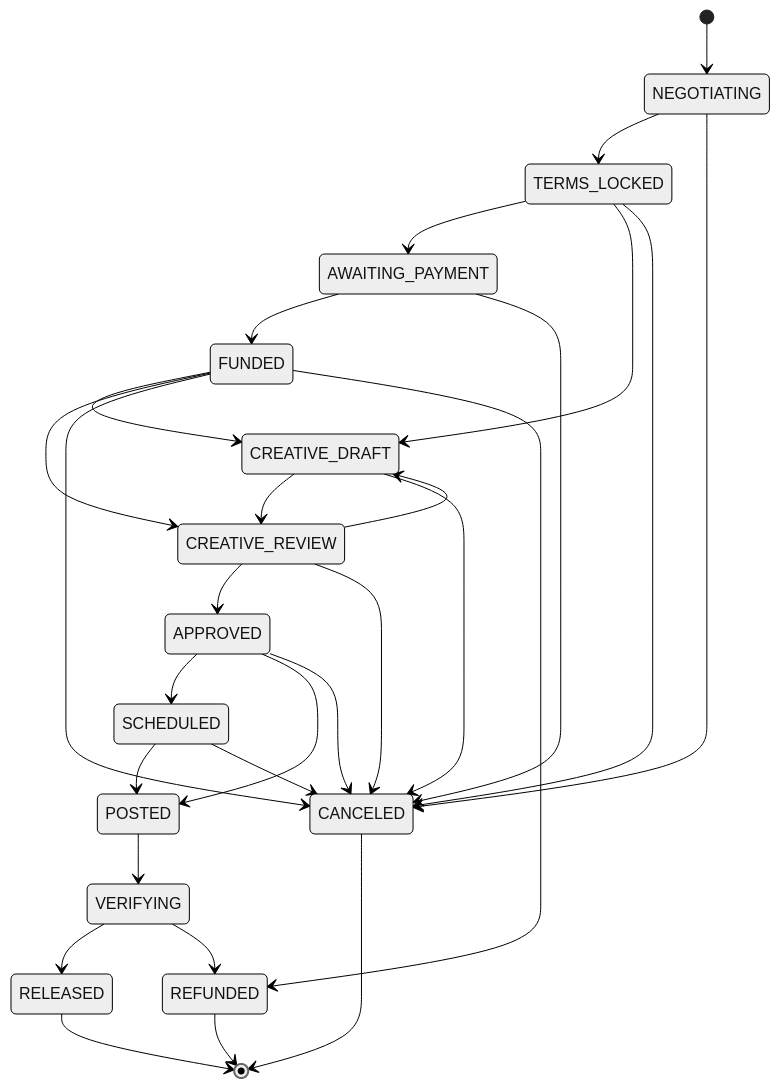
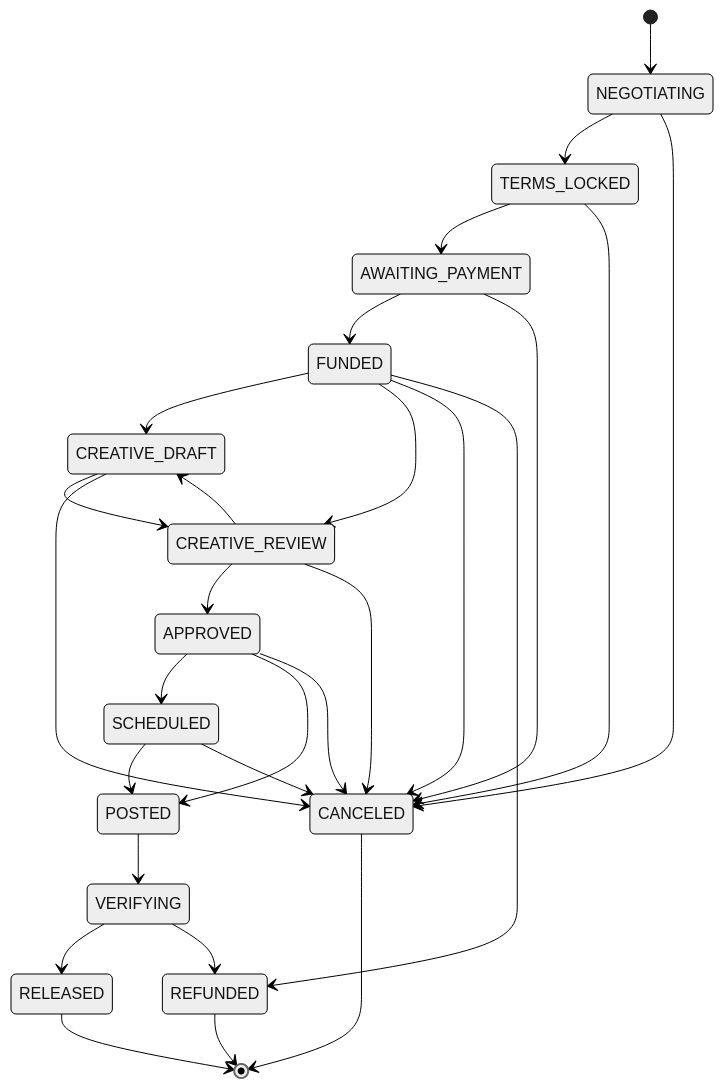
The second of 2 diagrams in README.md (AngelCaido-ai/contest-build), drawn with Mermaid (neutral theme) before and after one commit. The commit also changed 4 other files, not shown here.

First line of the commit message:
Update state transitions and documentation to enforce escrow-flow compliance

````diff
--- a/README.md
+++ b/README.md
@@ -151,37 +151,36 @@
 ```mermaid
 stateDiagram-v2
   [*] --> NEGOTIATING
 
   NEGOTIATING --> TERMS_LOCKED
   TERMS_LOCKED --> AWAITING_PAYMENT
-  TERMS_LOCKED --> CREATIVE_DRAFT
   AWAITING_PAYMENT --> FUNDED
 
   FUNDED --> CREATIVE_DRAFT
   FUNDED --> CREATIVE_REVIEW
   CREATIVE_DRAFT --> CREATIVE_REVIEW
   CREATIVE_REVIEW --> APPROVED
   CREATIVE_REVIEW --> CREATIVE_DRAFT
 
   APPROVED --> SCHEDULED
   APPROVED --> POSTED
   SCHEDULED --> POSTED
   POSTED --> VERIFYING
 
   VERIFYING --> RELEASED
   VERIFYING --> REFUNDED
 
   NEGOTIATING --> CANCELED
   TERMS_LOCKED --> CANCELED
   AWAITING_PAYMENT --> CANCELED
   FUNDED --> CANCELED
   FUNDED --> REFUNDED
   CREATIVE_DRAFT --> CANCELED
   CREATIVE_REVIEW --> CANCELED
   APPROVED --> CANCELED
   SCHEDULED --> CANCELED
 
   RELEASED --> [*]
   REFUNDED --> [*]
   CANCELED --> [*]
 ```
````
